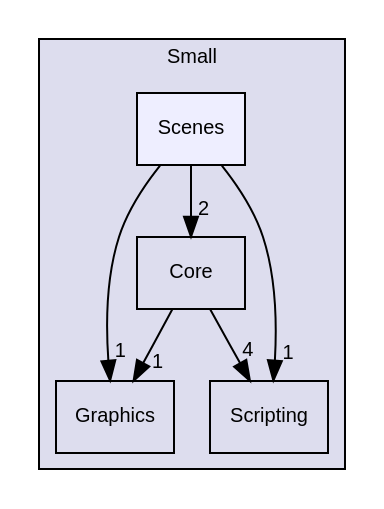
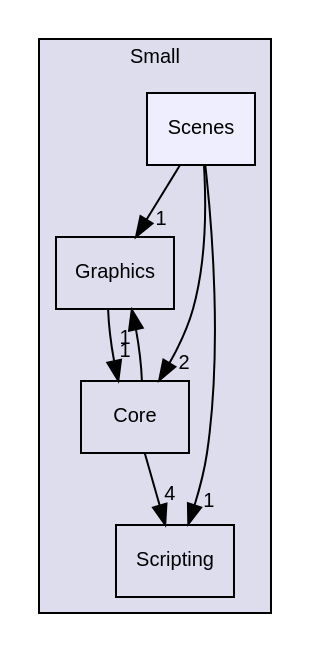
Before and after one commit to ScriptWizards/documentation: the diagram in dir_02a5b303ce584cd5b4aacdcd59538bcd_dep.dot, drawn with Graphviz. The commit also changed 906 other files, not shown here.

```diff
--- a/dir_02a5b303ce584cd5b4aacdcd59538bcd_dep.dot
+++ b/dir_02a5b303ce584cd5b4aacdcd59538bcd_dep.dot
@@ -1,17 +1,18 @@
 digraph "C:/Users/folae/Documents/Code/Big-Projects/ScriptWizards/SmallGameLibrary/include/Small/Scenes" {
   compound=true
   node [ fontsize="10", fontname="Helvetica"];
   edge [ labelfontsize="10", labelfontname="Helvetica"];
   subgraph clusterdir_517f7d009caed18d50502f12c0d97ec3 {
     graph [ bgcolor="#ddddee", pencolor="black", label="Small" fontname="Helvetica", fontsize="10", URL="dir_517f7d009caed18d50502f12c0d97ec3.html"]
   dir_230ebb31a7b473b673878f5d3da6d001 [shape=box label="Graphics" URL="dir_230ebb31a7b473b673878f5d3da6d001.html"];
   dir_3c803fb2e31f05de510171dcaff9bfbd [shape=box label="Core" URL="dir_3c803fb2e31f05de510171dcaff9bfbd.html"];
   dir_8fb71a89305e8bb79c0790ded867372f [shape=box label="Scripting" URL="dir_8fb71a89305e8bb79c0790ded867372f.html"];
   dir_02a5b303ce584cd5b4aacdcd59538bcd [shape=box, label="Scenes", style="filled", fillcolor="#eeeeff", pencolor="black", URL="dir_02a5b303ce584cd5b4aacdcd59538bcd.html"];
   }
-  dir_02a5b303ce584cd5b4aacdcd59538bcd->dir_230ebb31a7b473b673878f5d3da6d001 [headlabel="1", labeldistance=1.5 headhref="dir_000008_000007.html"];
-  dir_02a5b303ce584cd5b4aacdcd59538bcd->dir_3c803fb2e31f05de510171dcaff9bfbd [headlabel="2", labeldistance=1.5 headhref="dir_000008_000003.html"];
-  dir_02a5b303ce584cd5b4aacdcd59538bcd->dir_8fb71a89305e8bb79c0790ded867372f [headlabel="1", labeldistance=1.5 headhref="dir_000008_000009.html"];
-  dir_3c803fb2e31f05de510171dcaff9bfbd->dir_230ebb31a7b473b673878f5d3da6d001 [headlabel="1", labeldistance=1.5 headhref="dir_000003_000007.html"];
-  dir_3c803fb2e31f05de510171dcaff9bfbd->dir_8fb71a89305e8bb79c0790ded867372f [headlabel="4", labeldistance=1.5 headhref="dir_000003_000009.html"];
+  dir_02a5b303ce584cd5b4aacdcd59538bcd->dir_230ebb31a7b473b673878f5d3da6d001 [headlabel="1", labeldistance=1.5 headhref="dir_000007_000006.html"];
+  dir_02a5b303ce584cd5b4aacdcd59538bcd->dir_3c803fb2e31f05de510171dcaff9bfbd [headlabel="2", labeldistance=1.5 headhref="dir_000007_000003.html"];
+  dir_02a5b303ce584cd5b4aacdcd59538bcd->dir_8fb71a89305e8bb79c0790ded867372f [headlabel="1", labeldistance=1.5 headhref="dir_000007_000008.html"];
+  dir_230ebb31a7b473b673878f5d3da6d001->dir_3c803fb2e31f05de510171dcaff9bfbd [headlabel="1", labeldistance=1.5 headhref="dir_000006_000003.html"];
+  dir_3c803fb2e31f05de510171dcaff9bfbd->dir_230ebb31a7b473b673878f5d3da6d001 [headlabel="1", labeldistance=1.5 headhref="dir_000003_000006.html"];
+  dir_3c803fb2e31f05de510171dcaff9bfbd->dir_8fb71a89305e8bb79c0790ded867372f [headlabel="4", labeldistance=1.5 headhref="dir_000003_000008.html"];
 }
```
